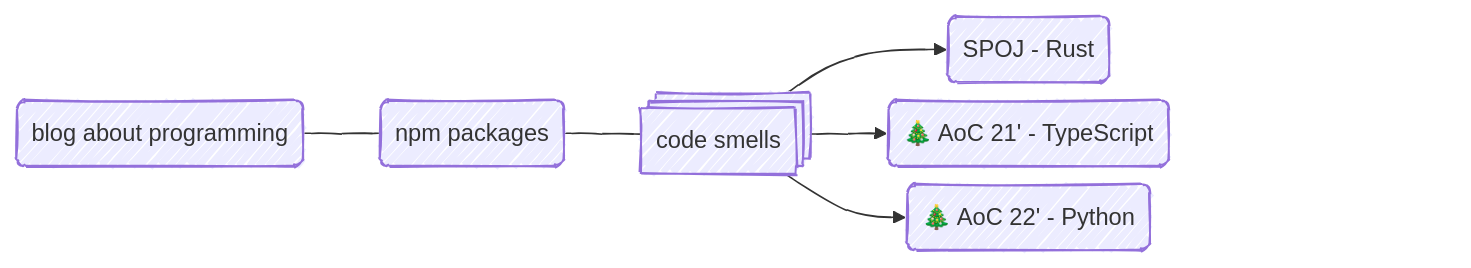
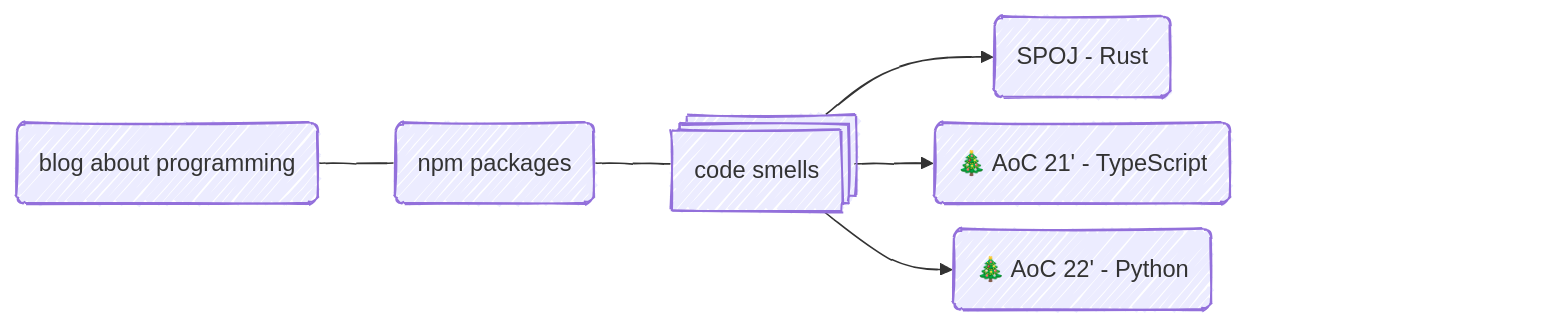
The diagram in README.md (twistezo/twistezo), drawn with Mermaid before and after one commit.

````diff
--- a/README.md
+++ b/README.md
@@ -1,35 +1,35 @@
 ```mermaid
 ---
 config:
   look: handDrawn
   # theme: neutral
   securityLevel: antiscript
   flowchart:
     diagramPadding: 0
-    nodeSpacing: 10
+    nodeSpacing: 15
     rankSpacing: 50
-    padding: 10
+    padding: 15
 ---
 flowchart LR
     BLOG(blog about programming)
     NPM(npm packages)
     CODE@{ shape: st-rect, label: "code smells"}
     A(SPOJ - Rust)
     B(🎄 AoC 21' - TypeScript)
     C(🎄 AoC 22' - Python)
 
     BLOG --- NPM --- CODE
     CODE --> A
     CODE --> B ~~~ END:::HIDDEN ~~~ END:::HIDDEN
     CODE --> C
 
     click BLOG href "https://twistezo.github.io/blog/" "Tooltip" _blank
     click NPM href "https://www.npmjs.com/~twistezo" "Tooltip" _blank
     click A href "https://github.com/twistezo/spoj-tournament" "Tooltip" _blank
     click B href "https://github.com/twistezo/advent-of-code-2021" "Tooltip" _blank
     click C href "https://github.com/twistezo/advent-of-code-2021" "Tooltip" _blank
 
     classDef HIDDEN display: none;
     %% classDef styles fill:#fff
     %% class BLOG,NPM,CODE,A,B,C styles
 ```
````
